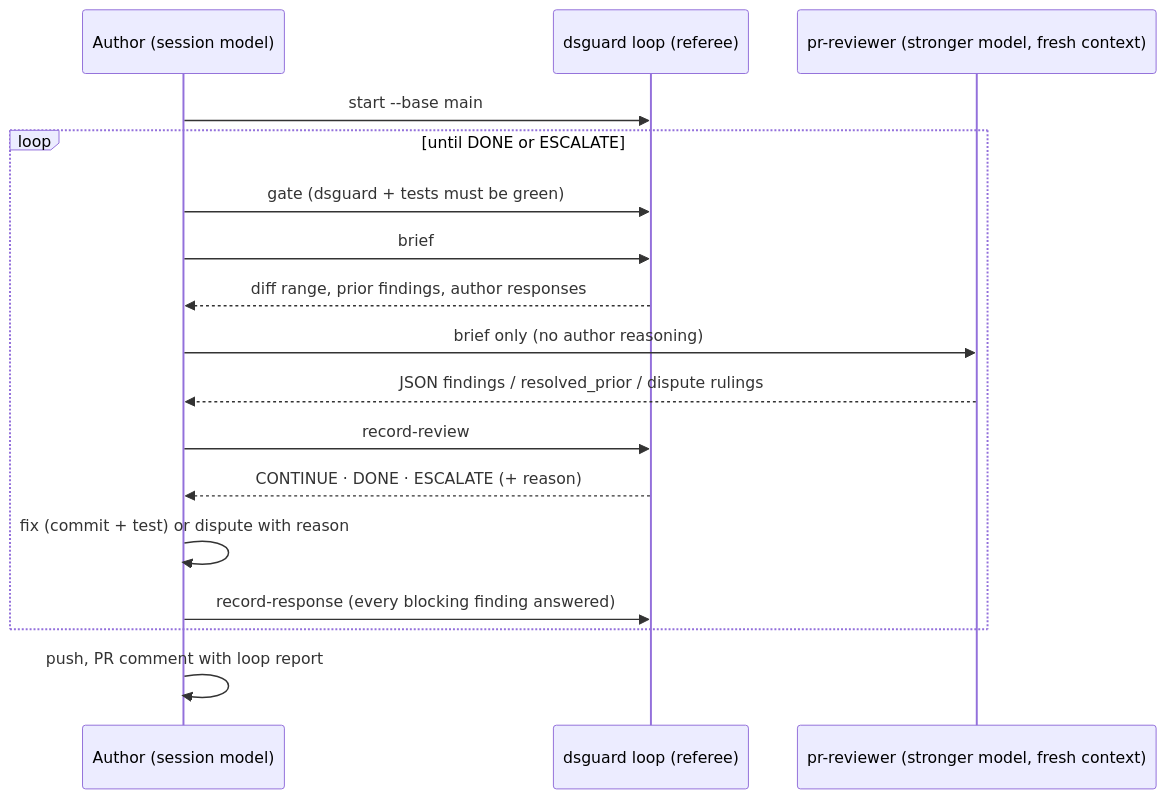
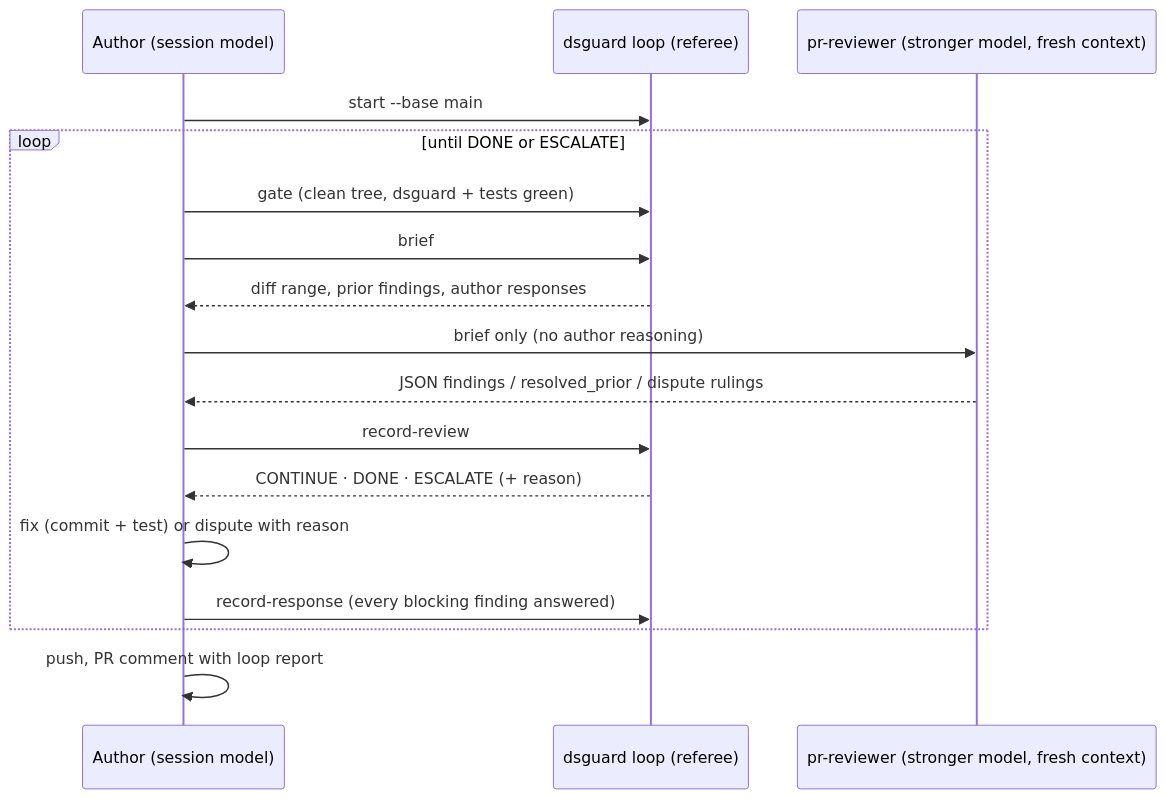
One commit to trubskyy/Code_examples changed the fourth of 4 diagrams in claude_ds_agents/ARCHITECTURE.md. Above: the diagram before and after it, drawn with Mermaid. The commit also changed other lines of this file and 29 other files, not shown here.

````diff
--- a/claude_ds_agents/ARCHITECTURE.md
+++ b/claude_ds_agents/ARCHITECTURE.md
@@ -321,19 +321,19 @@
 ```mermaid
 sequenceDiagram
     participant A as Author (session model)
     participant G as dsguard loop (referee)
     participant R as pr-reviewer (stronger model, fresh context)
     A->>G: start --base main
     loop until DONE or ESCALATE
-        A->>G: gate (dsguard + tests must be green)
+        A->>G: gate (clean tree, dsguard + tests green)
         A->>G: brief
         G-->>A: diff range, prior findings, author responses
         A->>R: brief only (no author reasoning)
         R-->>A: JSON findings / resolved_prior / dispute rulings
         A->>G: record-review
         G-->>A: CONTINUE · DONE · ESCALATE (+ reason)
         A->>A: fix (commit + test) or dispute with reason
         A->>G: record-response (every blocking finding answered)
     end
     A->>A: push, PR comment with loop report
 ```
````
